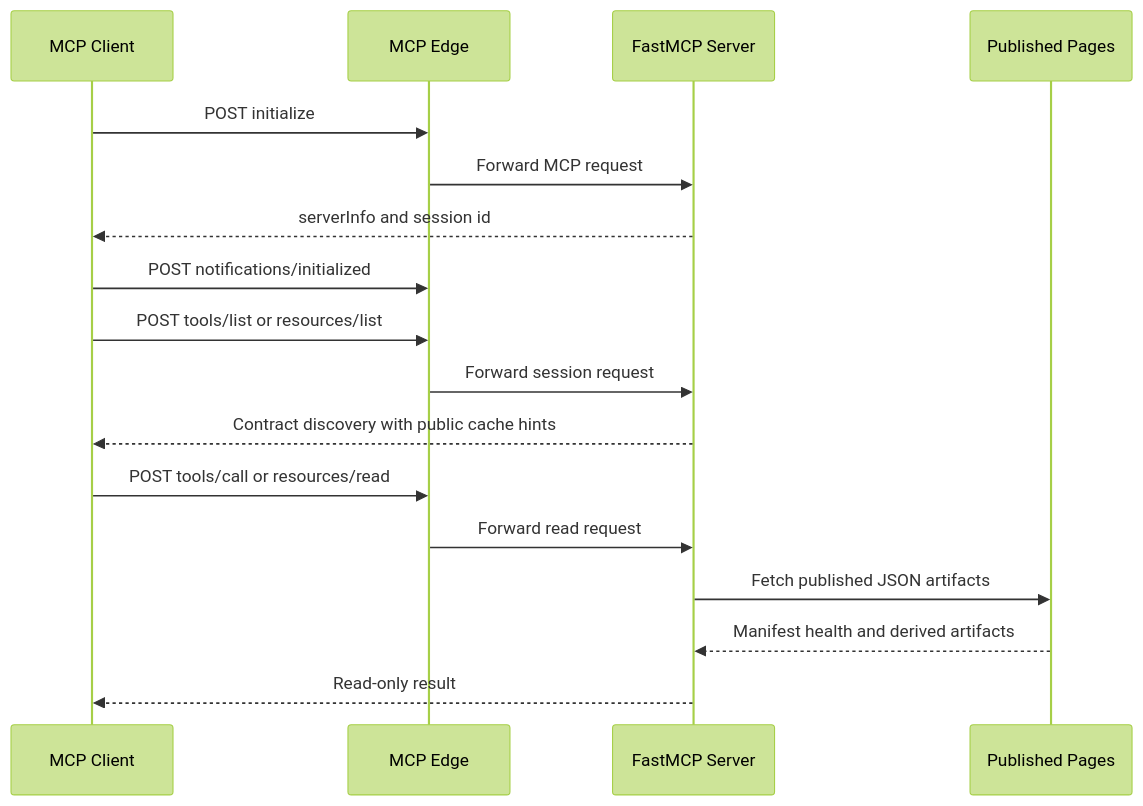
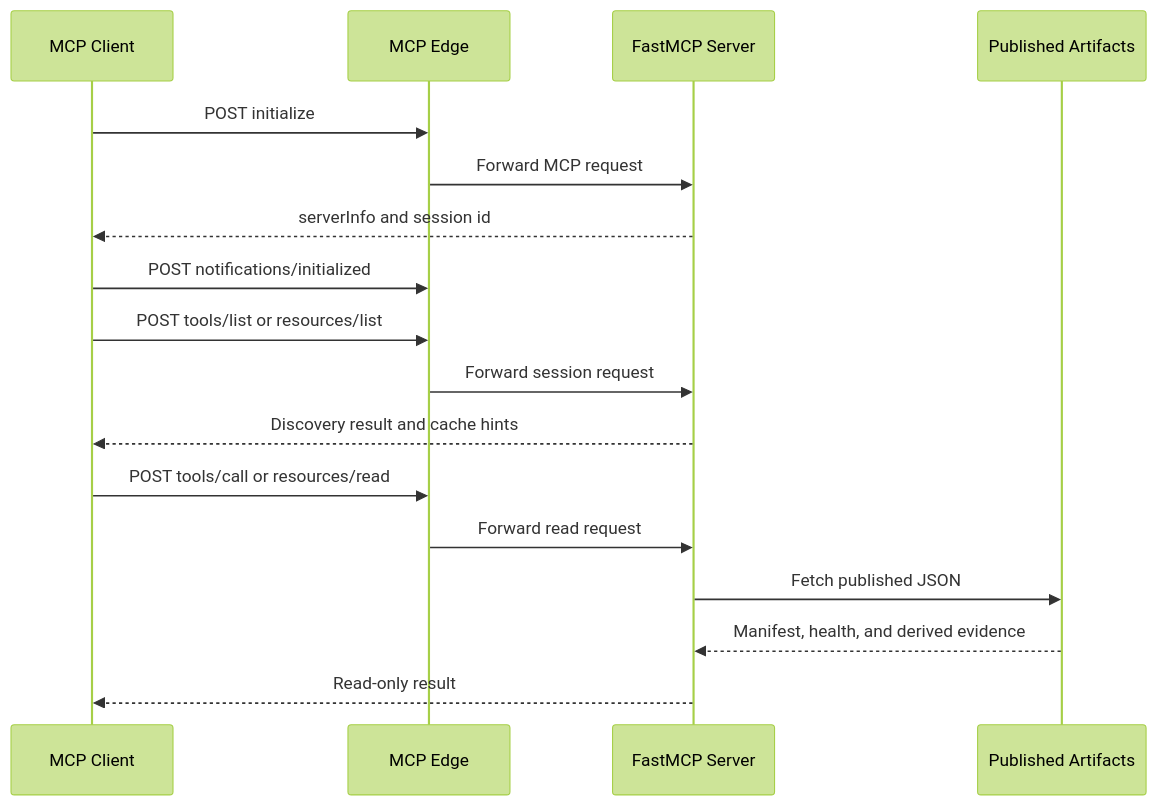
One commit to r3dz4r/datapulse-my changed the first of 2 diagrams in openwiki/mcp.md. Above: the diagram before and after it, drawn with Mermaid (forest theme). The commit also changed other lines of this file and 4 other files, not shown here.

````diff
--- a/openwiki/mcp.md
+++ b/openwiki/mcp.md
@@ -58,19 +68,19 @@
 ```mermaid
 sequenceDiagram
     participant C as MCP Client
     participant E as MCP Edge
     participant S as FastMCP Server
-    participant P as Published Pages
+    participant P as Published Artifacts
     C->>E: POST initialize
     E->>S: Forward MCP request
     S-->>C: serverInfo and session id
     C->>E: POST notifications/initialized
     C->>E: POST tools/list or resources/list
     E->>S: Forward session request
-    S-->>C: Contract discovery with public cache hints
+    S-->>C: Discovery result and cache hints
     C->>E: POST tools/call or resources/read
     E->>S: Forward read request
-    S->>P: Fetch published JSON artifacts
-    P-->>S: Manifest health and derived artifacts
+    S->>P: Fetch published JSON
+    P-->>S: Manifest, health, and derived evidence
     S-->>C: Read-only result
 ```
````
